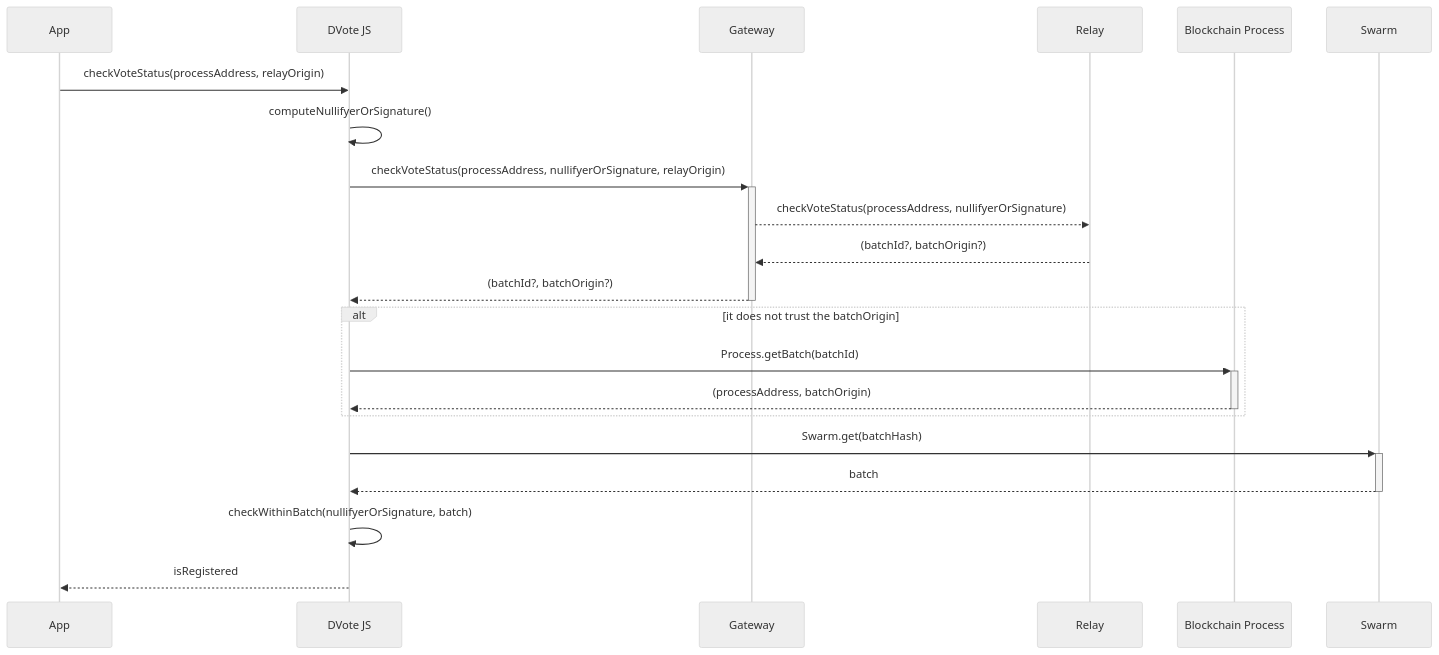
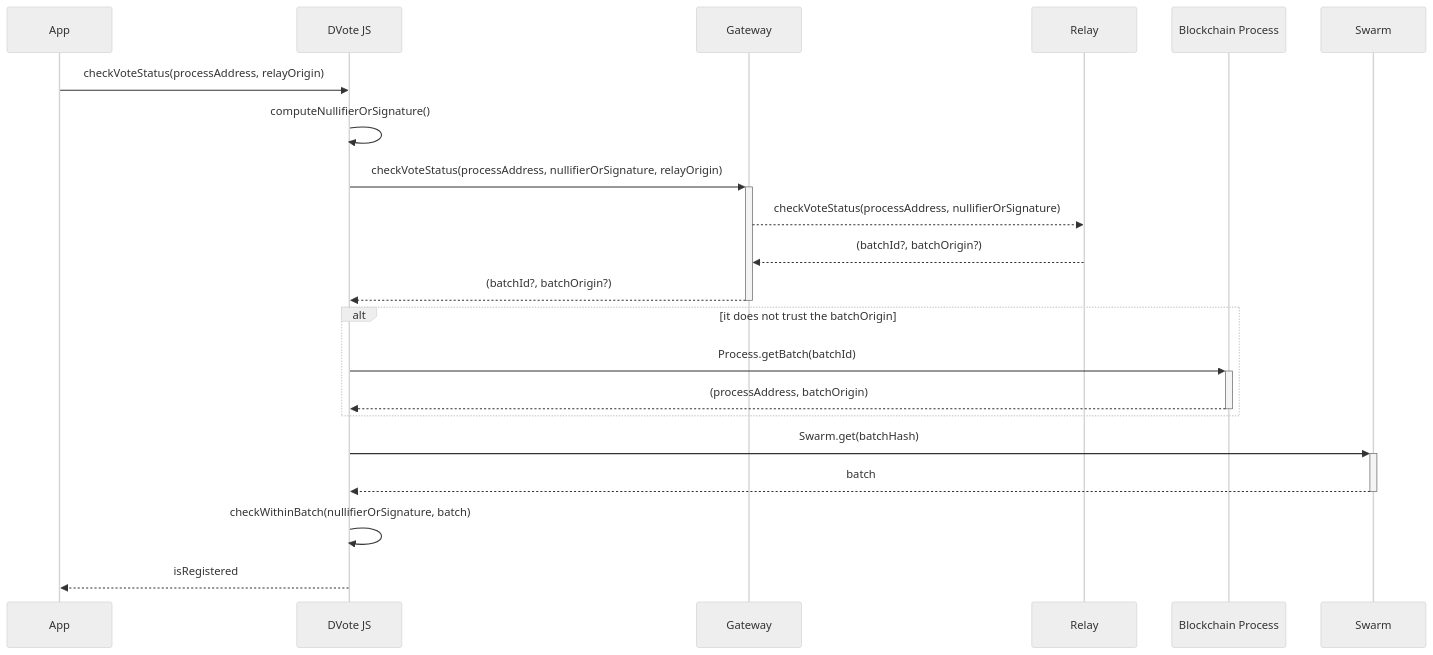
Before and after one commit to vocdoni/docs: diagram 13 of 15 in docs/protocol/sequence-diagrams.md, drawn with Mermaid (neutral theme). The commit also changed other lines of this file and 6 other files, not shown here.

````diff
--- a/docs/protocol/sequence-diagrams.md
+++ b/docs/protocol/sequence-diagrams.md
@@ -398,34 +398,34 @@
 ```mermaid
 sequenceDiagram
     participant App
     participant DV as DVote JS
     participant GW as Gateway
     participant RL as Relay
     participant BC as Blockchain Process
     participant SW as Swarm
 
     App->>DV: checkVoteStatus(processAddress, relayOrigin)
 
-        DV->>DV: computeNullifyerOrSignature()
+        DV->>DV: computeNullifierOrSignature()
 
-        DV->>+GW: checkVoteStatus(processAddress, nullifyerOrSignature, relayOrigin)
+        DV->>+GW: checkVoteStatus(processAddress, nullifierOrSignature, relayOrigin)
 
-            GW-->>RL: checkVoteStatus(processAddress, nullifyerOrSignature)
+            GW-->>RL: checkVoteStatus(processAddress, nullifierOrSignature)
             RL-->>GW: (batchId?, batchOrigin?)
 
         GW-->>-DV: (batchId?, batchOrigin?)
 
         alt it does not trust the batchOrigin
 
             DV->>+BC: Process.getBatch(batchId)
             BC-->>-DV: (processAddress, batchOrigin)
         
         end
 
         DV->>+SW: Swarm.get(batchHash)
         SW-->>-DV: batch
 
-        DV->>DV: checkWithinBatch(nullifyerOrSignature, batch)
+        DV->>DV: checkWithinBatch(nullifierOrSignature, batch)
 
     DV-->>App: isRegistered
 ```
````
